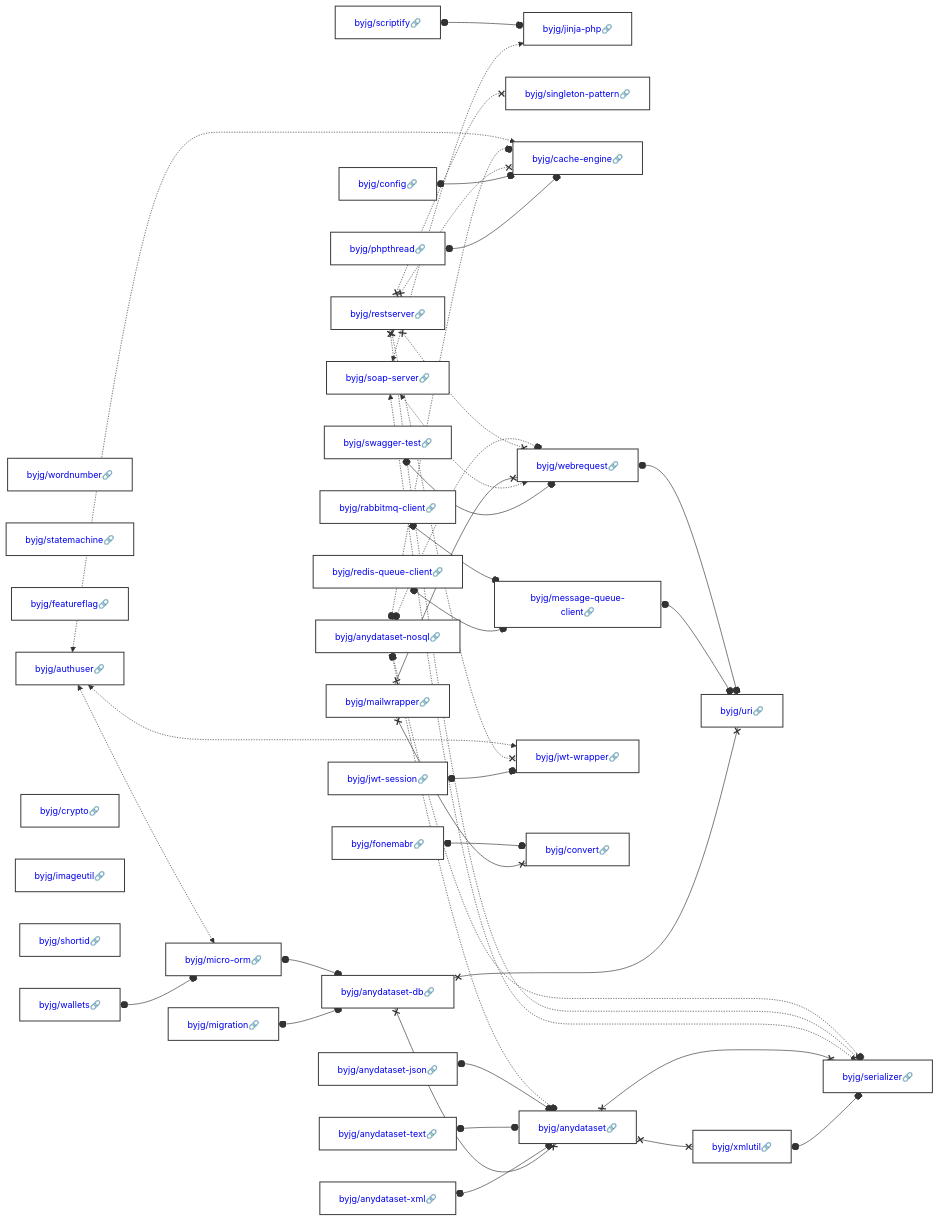
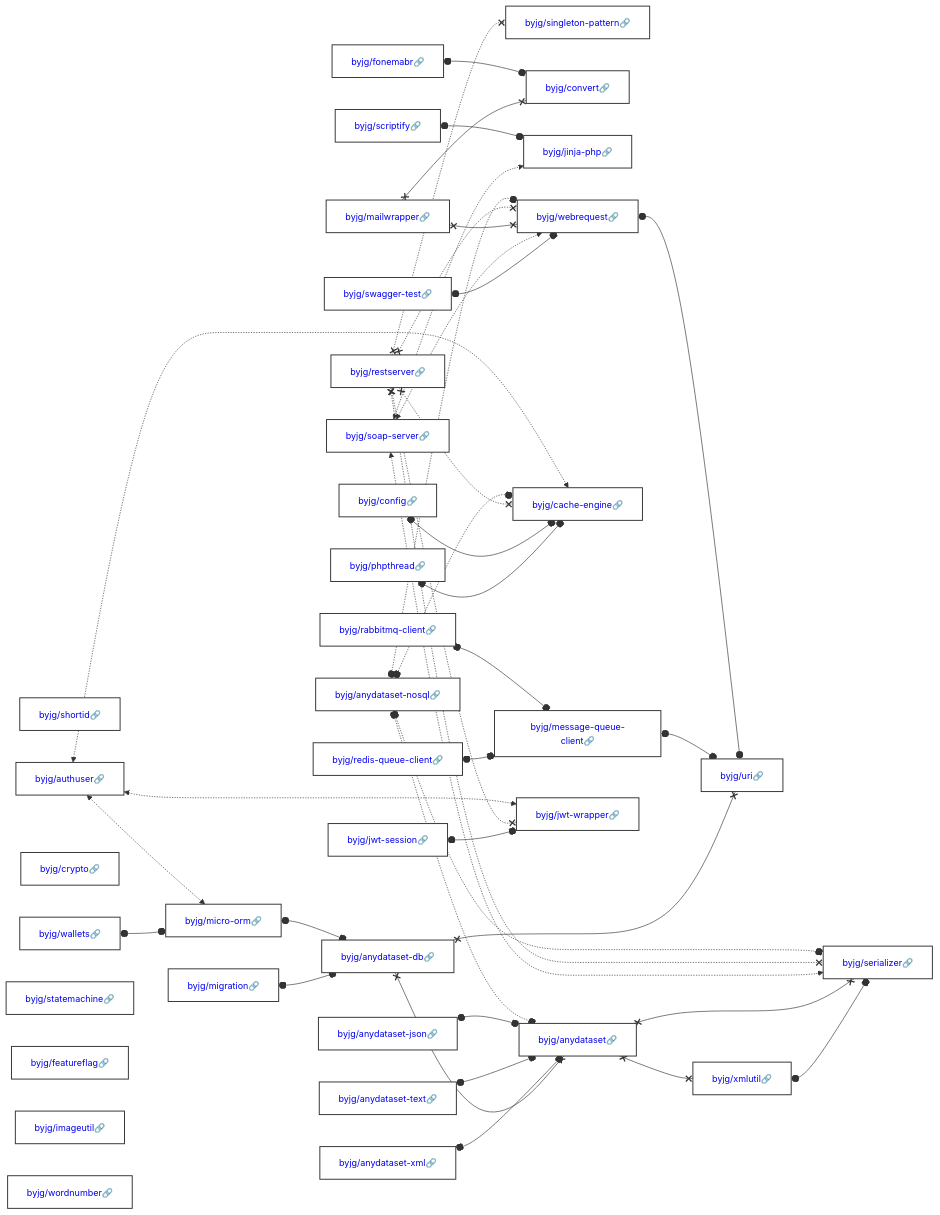
The diagram in docs/php/README.md (byjg/byjg.github.io), drawn with Mermaid before and after one commit. The commit also changed other lines of this file and 1 other file, not shown here.

Commit message:
Update documentation 'php' 'php-uri'

````diff
--- a/docs/php/README.md
+++ b/docs/php/README.md
@@ -3,37 +3,37 @@
 ```mermaid
 graph LR;
+  byjg/shortid[<a href='https://opensource.byjg.com/docs/php/shortid' style='text-decoration:none'>byjg/shortid🔗</a>];
+  byjg/wallets[<a href='https://opensource.byjg.com/docs/php/wallets' style='text-decoration:none'>byjg/wallets🔗</a>];
   byjg/anydataset-xml[<a href='https://opensource.byjg.com/docs/php/anydataset-xml' style='text-decoration:none'>byjg/anydataset-xml🔗</a>];
-  byjg/wordnumber[<a href='https://opensource.byjg.com/docs/php/wordnumber' style='text-decoration:none'>byjg/wordnumber🔗</a>];
-  byjg/anydataset-text[<a href='https://opensource.byjg.com/docs/php/anydataset-text' style='text-decoration:none'>byjg/anydataset-text🔗</a>];
-  byjg/migration[<a href='https://opensource.byjg.com/docs/php/migration' style='text-decoration:none'>byjg/migration🔗</a>];
-  byjg/statemachine[<a href='https://opensource.byjg.com/docs/php/statemachine' style='text-decoration:none'>byjg/statemachine🔗</a>];
-  byjg/soap-server[<a href='https://opensource.byjg.com/docs/php/soap-server' style='text-decoration:none'>byjg/soap-server🔗</a>];
-  byjg/featureflag[<a href='https://opensource.byjg.com/docs/php/featureflag' style='text-decoration:none'>byjg/featureflag🔗</a>];
-  byjg/authuser[<a href='https://opensource.byjg.com/docs/php/authuser' style='text-decoration:none'>byjg/authuser🔗</a>];
-  byjg/swagger-test[<a href='https://opensource.byjg.com/docs/php/swagger-test' style='text-decoration:none'>byjg/swagger-test🔗</a>];
-  byjg/anydataset-json[<a href='https://opensource.byjg.com/docs/php/anydataset-json' style='text-decoration:none'>byjg/anydataset-json🔗</a>];
   byjg/crypto[<a href='https://opensource.byjg.com/docs/php/crypto' style='text-decoration:none'>byjg/crypto🔗</a>];
   byjg/phpthread[<a href='https://opensource.byjg.com/docs/php/phpthread' style='text-decoration:none'>byjg/phpthread🔗</a>];
-  byjg/config[<a href='https://opensource.byjg.com/docs/php/config' style='text-decoration:none'>byjg/config🔗</a>];
+  byjg/authuser[<a href='https://opensource.byjg.com/docs/php/authuser' style='text-decoration:none'>byjg/authuser🔗</a>];
+  byjg/restserver[<a href='https://opensource.byjg.com/docs/php/restserver' style='text-decoration:none'>byjg/restserver🔗</a>];
+  byjg/soap-server[<a href='https://opensource.byjg.com/docs/php/soap-server' style='text-decoration:none'>byjg/soap-server🔗</a>];
+  byjg/statemachine[<a href='https://opensource.byjg.com/docs/php/statemachine' style='text-decoration:none'>byjg/statemachine🔗</a>];
+  byjg/mailwrapper[<a href='https://opensource.byjg.com/docs/php/mailwrapper' style='text-decoration:none'>byjg/mailwrapper🔗</a>];
+  byjg/fonemabr[<a href='https://opensource.byjg.com/docs/php/fonemabr' style='text-decoration:none'>byjg/fonemabr🔗</a>];
   byjg/anydataset-nosql[<a href='https://opensource.byjg.com/docs/php/anydataset-nosql' style='text-decoration:none'>byjg/anydataset-nosql🔗</a>];
   byjg/scriptify[<a href='https://opensource.byjg.com/docs/php/scriptify' style='text-decoration:none'>byjg/scriptify🔗</a>];
+  byjg/featureflag[<a href='https://opensource.byjg.com/docs/php/featureflag' style='text-decoration:none'>byjg/featureflag🔗</a>];
   byjg/imageutil[<a href='https://opensource.byjg.com/docs/php/imageutil' style='text-decoration:none'>byjg/imageutil🔗</a>];
-  byjg/mailwrapper[<a href='https://opensource.byjg.com/docs/php/mailwrapper' style='text-decoration:none'>byjg/mailwrapper🔗</a>];
+  byjg/swagger-test[<a href='https://opensource.byjg.com/docs/php/swagger-test' style='text-decoration:none'>byjg/swagger-test🔗</a>];
+  byjg/migration[<a href='https://opensource.byjg.com/docs/php/migration' style='text-decoration:none'>byjg/migration🔗</a>];
+  byjg/rabbitmq-client[<a href='https://opensource.byjg.com/docs/php/rabbitmq-client' style='text-decoration:none'>byjg/rabbitmq-client🔗</a>];
+  byjg/wordnumber[<a href='https://opensource.byjg.com/docs/php/wordnumber' style='text-decoration:none'>byjg/wordnumber🔗</a>];
+  byjg/config[<a href='https://opensource.byjg.com/docs/php/config' style='text-decoration:none'>byjg/config🔗</a>];
+  byjg/anydataset-text[<a href='https://opensource.byjg.com/docs/php/anydataset-text' style='text-decoration:none'>byjg/anydataset-text🔗</a>];
   byjg/redis-queue-client[<a href='https://opensource.byjg.com/docs/php/redis-queue-client' style='text-decoration:none'>byjg/redis-queue-client🔗</a>];
-  byjg/restserver[<a href='https://opensource.byjg.com/docs/php/restserver' style='text-decoration:none'>byjg/restserver🔗</a>];
-  byjg/rabbitmq-client[<a href='https://opensource.byjg.com/docs/php/rabbitmq-client' style='text-decoration:none'>byjg/rabbitmq-client🔗</a>];
+  byjg/anydataset-json[<a href='https://opensource.byjg.com/docs/php/anydataset-json' style='text-decoration:none'>byjg/anydataset-json🔗</a>];
   byjg/jwt-session[<a href='https://opensource.byjg.com/docs/php/jwt-session' style='text-decoration:none'>byjg/jwt-session🔗</a>];
-  byjg/shortid[<a href='https://opensource.byjg.com/docs/php/shortid' style='text-decoration:none'>byjg/shortid🔗</a>];
-  byjg/wallets[<a href='https://opensource.byjg.com/docs/php/wallets' style='text-decoration:none'>byjg/wallets🔗</a>];
-  byjg/fonemabr[<a href='https://opensource.byjg.com/docs/php/fonemabr' style='text-decoration:none'>byjg/fonemabr🔗</a>];
+  byjg/micro-orm[<a href='https://opensource.byjg.com/docs/php/micro-orm' style='text-decoration:none'>byjg/micro-orm🔗</a>];
+  byjg/singleton-pattern[<a href='https://opensource.byjg.com/docs/php/singleton-pattern' style='text-decoration:none'>byjg/singleton-pattern🔗</a>];
+  byjg/convert[<a href='https://opensource.byjg.com/docs/php/convert' style='text-decoration:none'>byjg/convert🔗</a>];
   byjg/jinja-php[<a href='https://opensource.byjg.com/docs/php/jinja-php' style='text-decoration:none'>byjg/jinja-php🔗</a>];
-  byjg/singleton-pattern[<a href='https://opensource.byjg.com/docs/php/singleton-pattern' style='text-decoration:none'>byjg/singleton-pattern🔗</a>];
+  byjg/webrequest[<a href='https://opensource.byjg.com/docs/php/webrequest' style='text-decoration:none'>byjg/webrequest🔗</a>];
   byjg/cache-engine[<a href='https://opensource.byjg.com/docs/php/cache-engine' style='text-decoration:none'>byjg/cache-engine🔗</a>];
-  byjg/webrequest[<a href='https://opensource.byjg.com/docs/php/webrequest' style='text-decoration:none'>byjg/webrequest🔗</a>];
   byjg/message-queue-client[<a href='https://opensource.byjg.com/docs/php/message-queue-client' style='text-decoration:none'>byjg/message-queue-client🔗</a>];
   byjg/jwt-wrapper[<a href='https://opensource.byjg.com/docs/php/jwt-wrapper' style='text-decoration:none'>byjg/jwt-wrapper🔗</a>];
-  byjg/micro-orm[<a href='https://opensource.byjg.com/docs/php/micro-orm' style='text-decoration:none'>byjg/micro-orm🔗</a>];
-  byjg/convert[<a href='https://opensource.byjg.com/docs/php/convert' style='text-decoration:none'>byjg/convert🔗</a>];
   byjg/anydataset-db[<a href='https://opensource.byjg.com/docs/php/anydataset-db' style='text-decoration:none'>byjg/anydataset-db🔗</a>];
   byjg/anydataset[<a href='https://opensource.byjg.com/docs/php/anydataset' style='text-decoration:none'>byjg/anydataset🔗</a>];
   byjg/uri[<a href='https://opensource.byjg.com/docs/php/uri' style='text-decoration:none'>byjg/uri🔗</a>];
````
